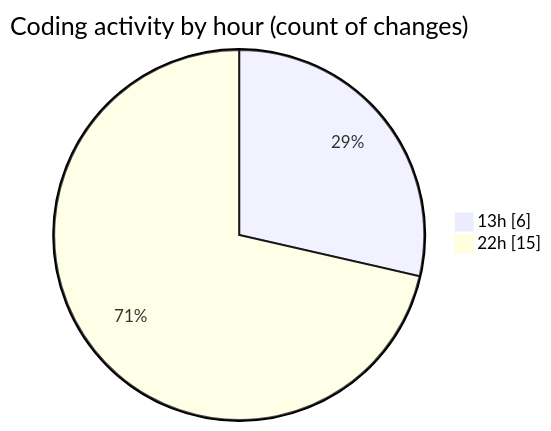
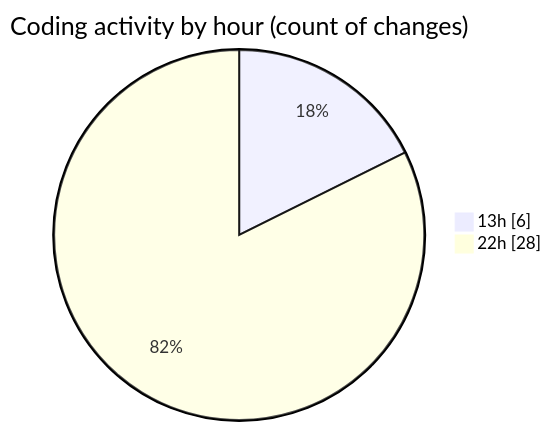
The second of 2 diagrams in 2025-09-02/quytuthien_vn/README.md (lephambinh05/code-tracking), drawn with Mermaid before and after one commit. The commit also changed other lines of this file and 1 other file, not shown here.

````diff
--- a/2025-09-02/quytuthien_vn/README.md
+++ b/2025-09-02/quytuthien_vn/README.md
@@ -35,6 +41,6 @@
 ```mermaid
 pie showData
 title Coding activity by hour (count of changes)
 "13h" : 6
-"22h" : 15
+"22h" : 28
 ```
````
